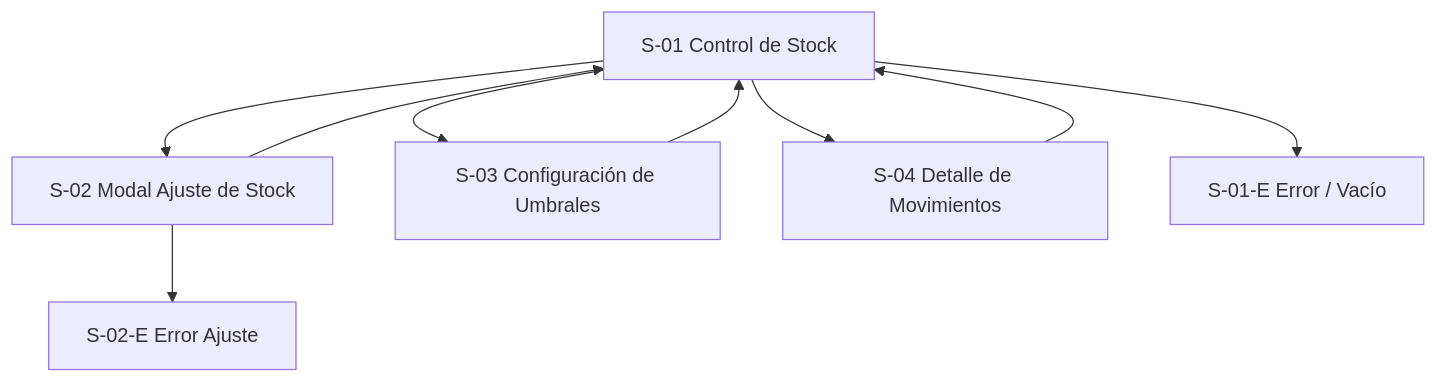
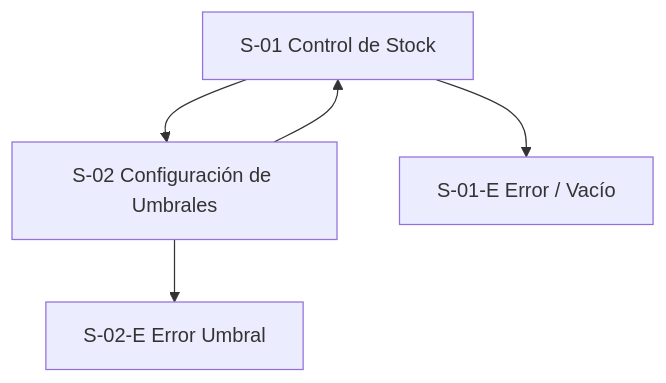
One commit to Taller-SW-Web/Productos-y-Ofertas-docs changed the diagram in wireframes/flows/WF-015-control-stock-disponibilidad.md. Above: the diagram before and after it, drawn with Mermaid. The commit also changed other lines of this file and 16 other files, not shown here.

````diff
--- a/wireframes/flows/WF-015-control-stock-disponibilidad.md
+++ b/wireframes/flows/WF-015-control-stock-disponibilidad.md
@@ -228,11 +204,7 @@
-~~~mermaid
+```mermaid
 flowchart TD
-    A["S-01 Control de Stock"] --> B["S-02 Modal Ajuste de Stock"]
+    A["S-01 Control de Stock"] --> B["S-02 Configuración de Umbrales"]
     B --> A
-    A --> C["S-03 Configuración de Umbrales"]
-    C --> A
-    A --> D["S-04 Detalle de Movimientos"]
-    D --> A
     A --> E1["S-01-E Error / Vacío"]
-    B --> E2["S-02-E Error Ajuste"]
-~~~
+    B --> E2["S-02-E Error Umbral"]
+```
````
